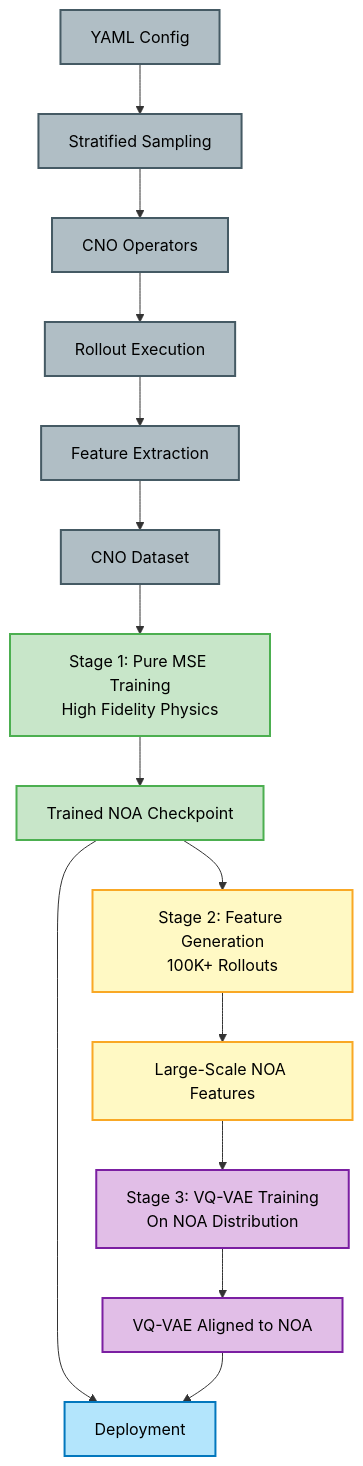
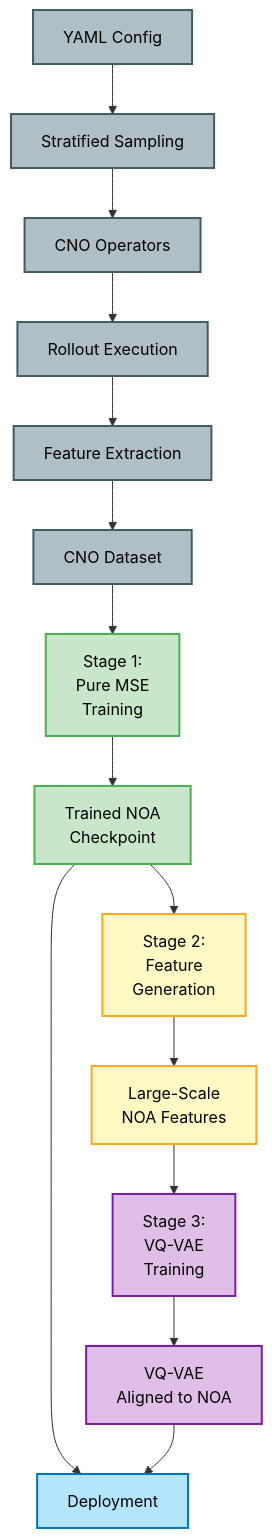
One commit to dgabriele/spinlock changed the first of 2 diagrams in docs/architecture.md. Above: the diagram before and after it, drawn with Mermaid. The commit also changed 1 other file, not shown here.

Commit message:
docs: fix mermaid diagram text truncation with shorter lines
Break long node labels into multiple lines using <br/> to prevent
text truncation (e.g., "High Fidelity Physi..." → "High Fidelity<br/>Physics Baseline").

Changes:
- README.md: Break all stage labels into 2-3 shorter lines
- docs/architecture.md: Break all stage labels into 2-3 shorter lines

This ensures all text displays fully in GitHub and other Mermaid renderers.

````diff
--- a/docs/architecture.md
+++ b/docs/architecture.md
@@ -9,32 +9,32 @@
 ```mermaid
 flowchart TB
     Config[YAML Config] --> Sampling[Stratified Sampling]
     Sampling --> CNOs[CNO Operators]
     CNOs --> Rollouts[Rollout Execution]
     Rollouts --> Extract[Feature Extraction]
     Extract --> CNOData[CNO Dataset]
 
-    CNOData --> Stage1[Stage 1: Pure MSE Training<br/>High Fidelity Physics]
-    Stage1 --> NOACheckpoint[Trained NOA Checkpoint]
+    CNOData --> Stage1[Stage 1:<br/>Pure MSE<br/>Training]
+    Stage1 --> NOACheckpoint[Trained NOA<br/>Checkpoint]
 
-    NOACheckpoint --> Stage2[Stage 2: Feature Generation<br/>100K+ Rollouts]
-    Stage2 --> NOAFeatures[Large-Scale NOA Features]
+    NOACheckpoint --> Stage2[Stage 2:<br/>Feature<br/>Generation]
+    Stage2 --> NOAFeatures[Large-Scale<br/>NOA Features]
 
-    NOAFeatures --> Stage3[Stage 3: VQ-VAE Training<br/>On NOA Distribution]
-    Stage3 --> VQVAEModel[VQ-VAE Aligned to NOA]
+    NOAFeatures --> Stage3[Stage 3:<br/>VQ-VAE<br/>Training]
+    Stage3 --> VQVAEModel[VQ-VAE<br/>Aligned to NOA]
 
     NOACheckpoint --> Final[Deployment]
     VQVAEModel --> Final
 
     classDef phase0 fill:#b0bec5,stroke:#455a64,stroke-width:2px,color:#000
     classDef stage1 fill:#c8e6c9,stroke:#4caf50,stroke-width:2px,color:#000
     classDef stage2 fill:#fff9c4,stroke:#f9a825,stroke-width:2px,color:#000
     classDef stage3 fill:#e1bee7,stroke:#7b1fa2,stroke-width:2px,color:#000
     classDef deployment fill:#b3e5fc,stroke:#0277bd,stroke-width:2px,color:#000
 
     class Config,Sampling,CNOs,Rollouts,Extract,CNOData phase0
     class Stage1,NOACheckpoint stage1
     class Stage2,NOAFeatures stage2
     class Stage3,VQVAEModel stage3
     class Final deployment
 ```
````
